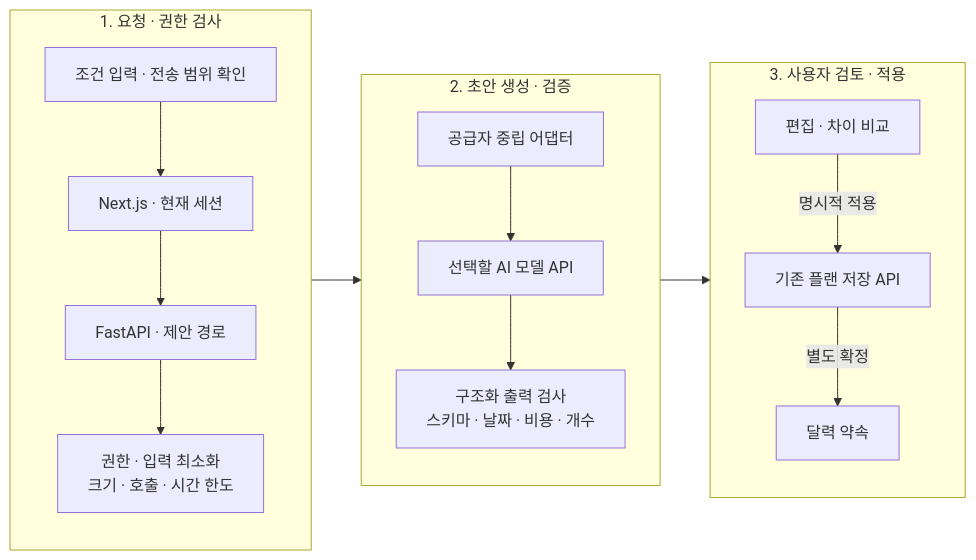
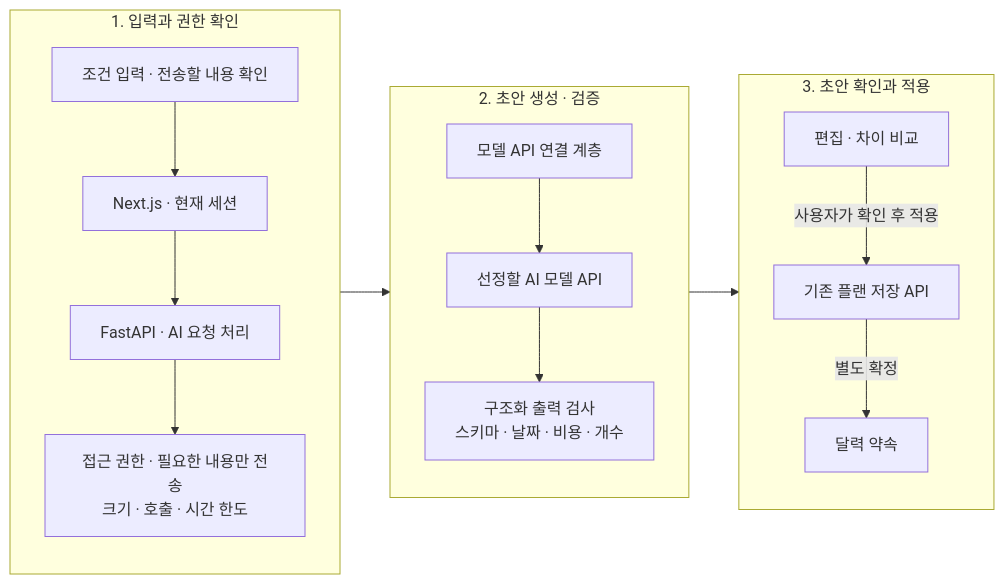
The diagram in guides/ai-roadmap.md (jhpark-jarvis/we2day), drawn with Mermaid before and after one commit. The commit also changed other lines of this file and 6 other files, not shown here.

````diff
--- a/guides/ai-roadmap.md
+++ b/guides/ai-roadmap.md
@@ -22,20 +22,20 @@
 ```mermaid
 flowchart LR
-  subgraph Request["1. 요청 · 권한 검사"]
+  subgraph Request["1. 입력과 권한 확인"]
     direction TB
-    User["조건 입력 · 전송 범위 확인"] --> Web["Next.js · 현재 세션"]
-    Web --> API["FastAPI · 제안 경로"]
-    API --> Guard["권한 · 입력 최소화<br/>크기 · 호출 · 시간 한도"]
+    User["조건 입력 · 전송할 내용 확인"] --> Web["Next.js · 현재 세션"]
+    Web --> API["FastAPI · AI 요청 처리"]
+    API --> Guard["접근 권한 · 필요한 내용만 전송<br/>크기 · 호출 · 시간 한도"]
   end
   subgraph Generate["2. 초안 생성 · 검증"]
     direction TB
-    Adapter["공급자 중립 어댑터"] --> Model["선택할 AI 모델 API"]
+    Adapter["모델 API 연결 계층"] --> Model["선정할 AI 모델 API"]
     Model --> Validate["구조화 출력 검사<br/>스키마 · 날짜 · 비용 · 개수"]
   end
-  subgraph Apply["3. 사용자 검토 · 적용"]
+  subgraph Apply["3. 초안 확인과 적용"]
     direction TB
-    Preview["편집 · 차이 비교"] -->|"명시적 적용"| Existing["기존 플랜 저장 API"]
+    Preview["편집 · 차이 비교"] -->|"사용자가 확인 후 적용"| Existing["기존 플랜 저장 API"]
     Existing -->|"별도 확정"| Calendar["달력 약속"]
   end
   Request --> Generate --> Apply
 ```
````
